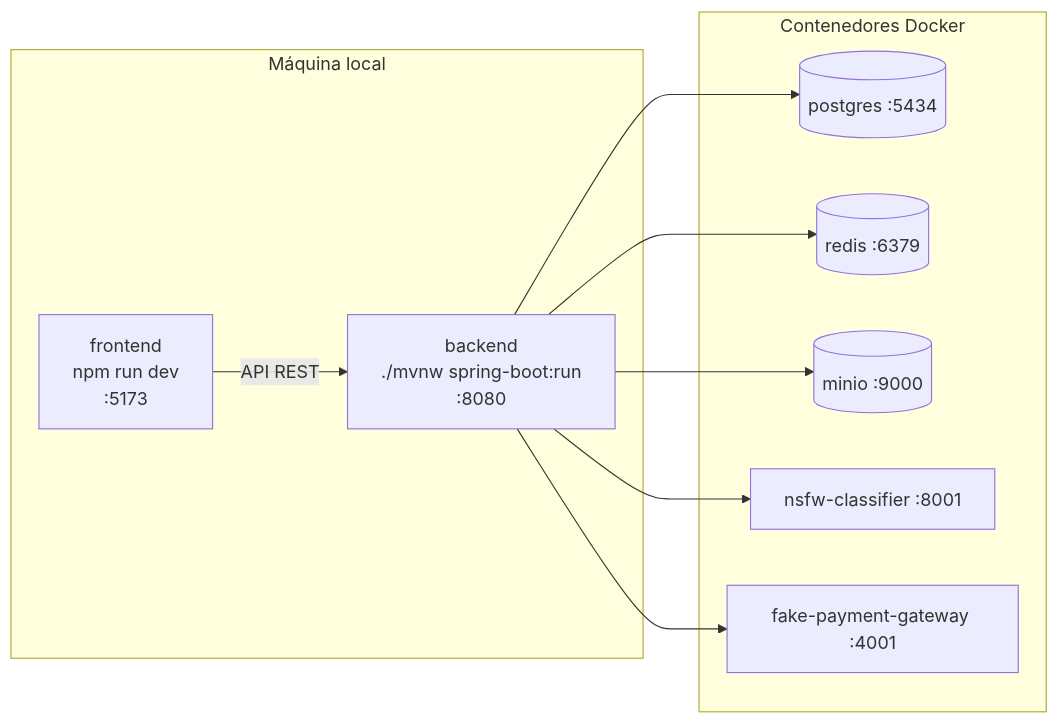
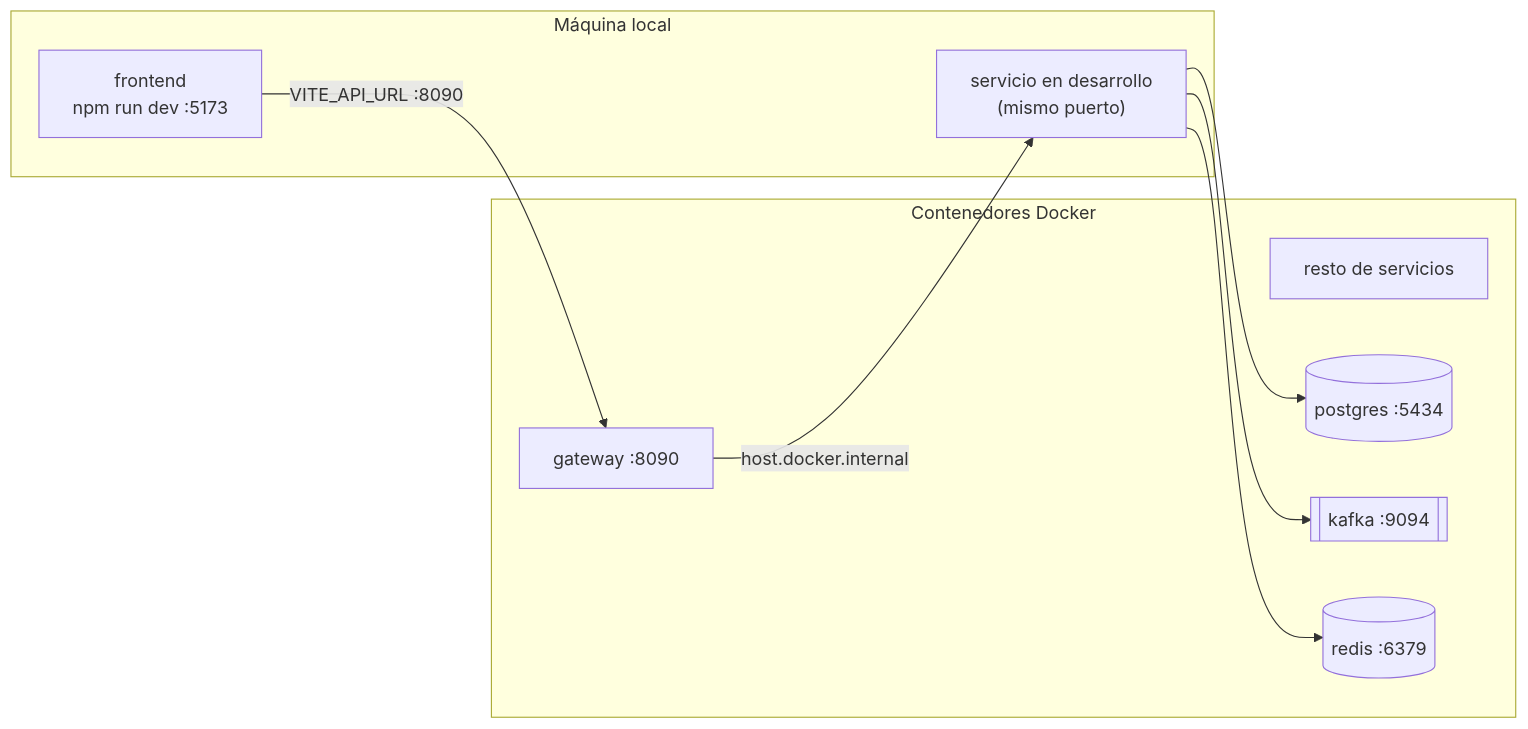
The fourth of 6 diagrams in es/11_Manual_Instalacion.md (TheJhampierBoy/TuEvento-Docs), drawn with Mermaid before and after one commit. The commit also changed other lines of this file and 1 other file, not shown here.

First line of the commit message:
docs: update installation manual to v1.2.0 (gateway and microservices)

````diff
--- a/es/11_Manual_Instalacion.md
+++ b/es/11_Manual_Instalacion.md
@@ -367,20 +470,19 @@
 ```mermaid
 flowchart LR
     subgraph DK["Contenedores Docker"]
+        GW["gateway :8090"]
+        OT["resto de servicios"]
         P[("postgres :5434")]
+        K[["kafka :9094"]]
         R[("redis :6379")]
-        S[("minio :9000")]
-        N["nsfw-classifier :8001"]
-        G["fake-payment-gateway :4001"]
     end
     subgraph HM["Máquina local"]
-        BE["backend<br/>./mvnw spring-boot:run<br/>:8080"]
-        FE["frontend<br/>npm run dev<br/>:5173"]
+        SV["servicio en desarrollo<br/>(mismo puerto)"]
+        FE["frontend<br/>npm run dev :5173"]
     end
-    FE -->|"API REST"| BE
-    BE --> P
-    BE --> R
-    BE --> S
-    BE --> N
-    BE --> G
+    FE -->|"VITE_API_URL :8090"| GW
+    GW -->|"host.docker.internal"| SV
+    SV --> P
+    SV --> K
+    SV --> R
 ```
````
